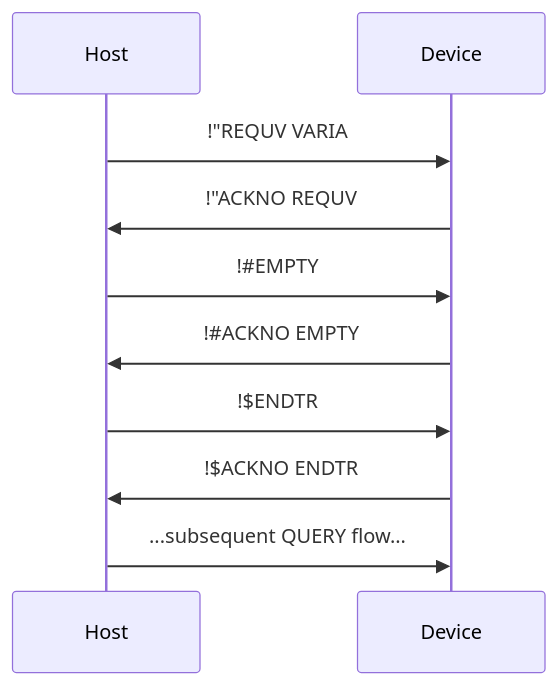
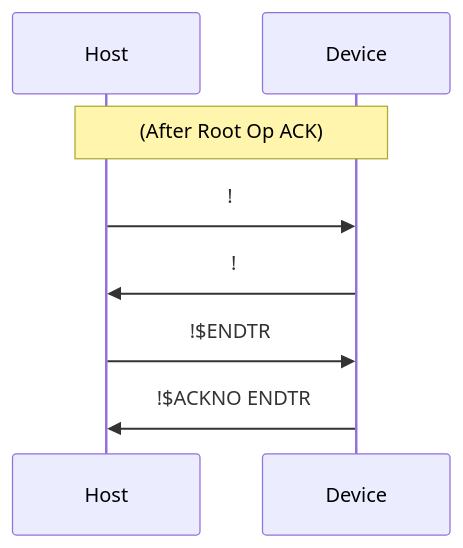
Before and after one commit to lingrottin/PK-Command: the fourth of 11 diagrams in Specification.md, drawn with Mermaid. The commit also changed other lines of this file and 14 other files, not shown here.

````diff
--- a/Specification.md
+++ b/Specification.md
@@ -142,12 +199,10 @@
 ```mermaid
 sequenceDiagram
     participant H as Host
     participant D as Device
-    H->>D: !"REQUV VARIA
-    D->>H: !"ACKNO REQUV
-    H->>D: !#35;EMPTY
-    D->>H: !#35;ACKNO EMPTY
+    Note over H,D: (After Root Op ACK)
+    H->>D: !#EMPTY
+    D->>H: !#ACKNO EMPTY
     H->>D: !$ENDTR
     D->>H: !$ACKNO ENDTR
-    H->>D: ...subsequent QUERY flow...
 ```
````
